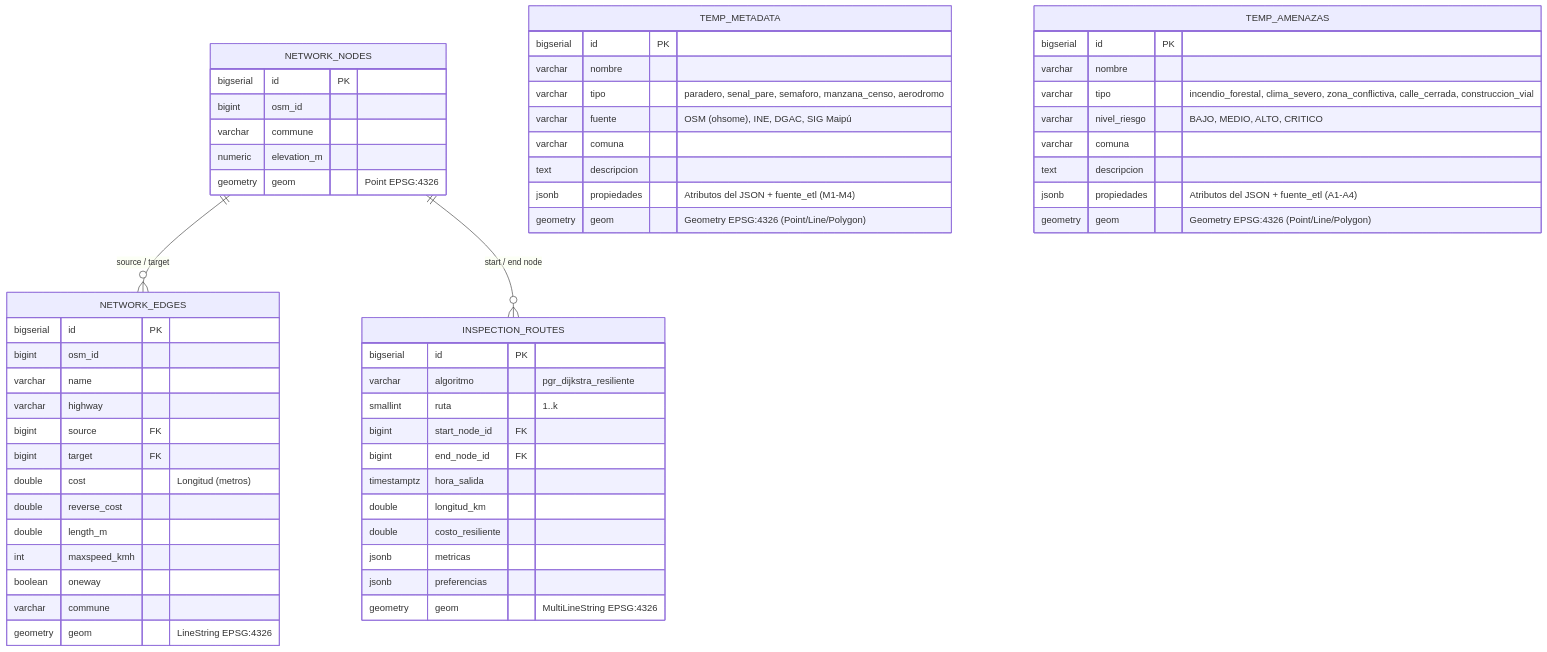
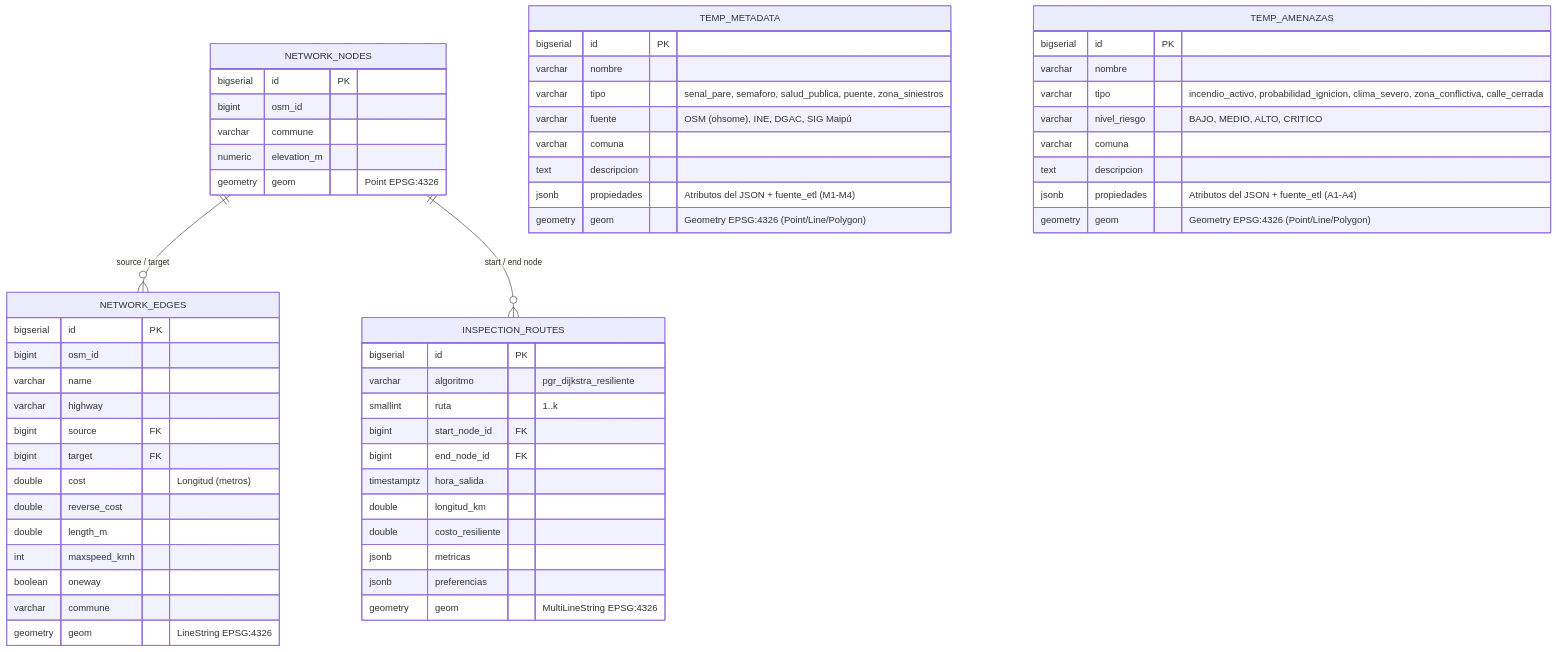
One commit to HugoosZ/Inspeccion-vial-UAV changed the diagram in database/README.md. Above: the diagram before and after it, drawn with Mermaid. The commit also changed other lines of this file and 5 other files, not shown here.

````diff
--- a/database/README.md
+++ b/database/README.md
@@ -16,65 +16,65 @@
 ```mermaid
 erDiagram
     NETWORK_NODES ||--o{ NETWORK_EDGES : "source / target"
     NETWORK_NODES ||--o{ INSPECTION_ROUTES : "start / end node"
 
     NETWORK_NODES {
         bigserial id PK
         bigint osm_id
         varchar commune
         numeric elevation_m
         geometry geom "Point EPSG:4326"
     }
 
     NETWORK_EDGES {
         bigserial id PK
         bigint osm_id
         varchar name
         varchar highway
         bigint source FK
         bigint target FK
         double cost "Longitud (metros)"
         double reverse_cost
         double length_m
         int maxspeed_kmh
         boolean oneway
         varchar commune
         geometry geom "LineString EPSG:4326"
     }
 
     TEMP_METADATA {
         bigserial id PK
         varchar nombre
-        varchar tipo "paradero, senal_pare, semaforo, manzana_censo, aerodromo"
+        varchar tipo "senal_pare, semaforo, salud_publica, puente, zona_siniestros"
         varchar fuente "OSM (ohsome), INE, DGAC, SIG Maipú"
         varchar comuna
         text descripcion
         jsonb propiedades "Atributos del JSON + fuente_etl (M1-M4)"
         geometry geom "Geometry EPSG:4326 (Point/Line/Polygon)"
     }
 
     TEMP_AMENAZAS {
         bigserial id PK
         varchar nombre
-        varchar tipo "incendio_forestal, clima_severo, zona_conflictiva, calle_cerrada, construccion_vial"
+        varchar tipo "incendio_activo, probabilidad_ignicion, clima_severo, zona_conflictiva, calle_cerrada"
         varchar nivel_riesgo "BAJO, MEDIO, ALTO, CRITICO"
         varchar comuna
         text descripcion
         jsonb propiedades "Atributos del JSON + fuente_etl (A1-A4)"
         geometry geom "Geometry EPSG:4326 (Point/Line/Polygon)"
     }
 
     INSPECTION_ROUTES {
         bigserial id PK
         varchar algoritmo "pgr_dijkstra_resiliente"
         smallint ruta "1..k"
         bigint start_node_id FK
         bigint end_node_id FK
         timestamptz hora_salida
         double longitud_km
         double costo_resiliente
         jsonb metricas
         jsonb preferencias
         geometry geom "MultiLineString EPSG:4326"
     }
 ```
````
